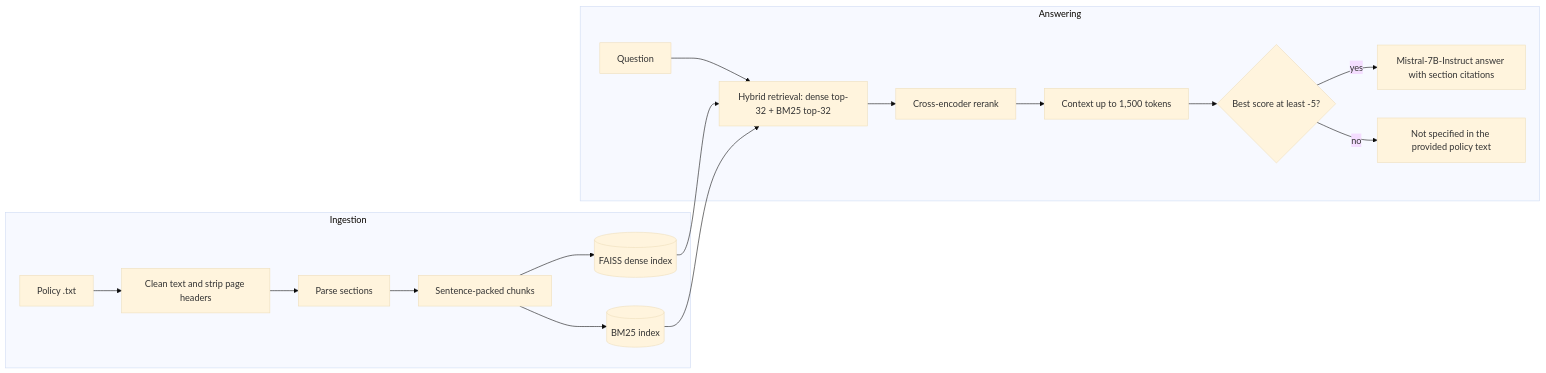
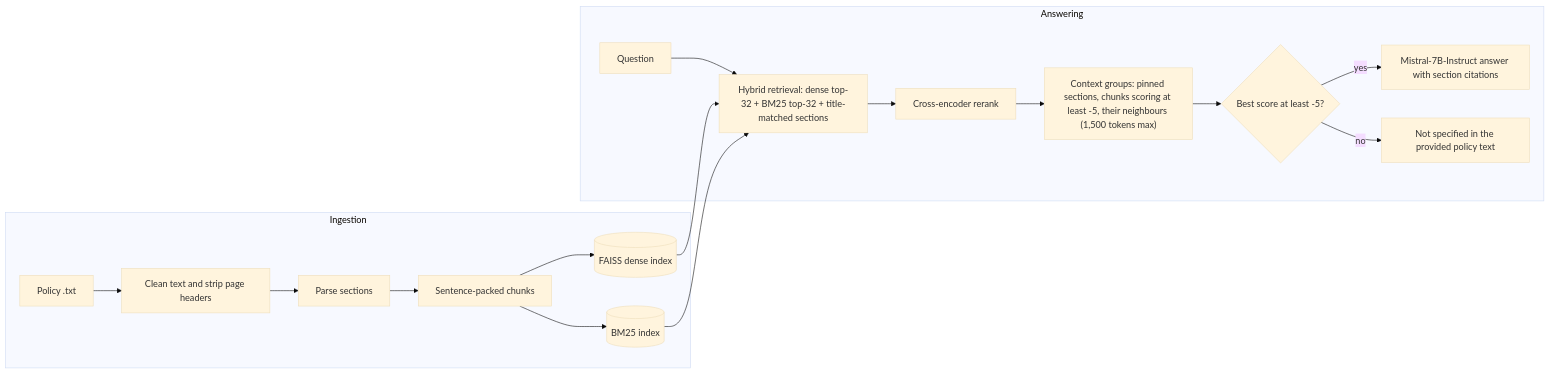
One commit to RamkrushnaSaner/insurance-policy-rag changed the diagram in README.md. Above: the diagram before and after it, drawn with Mermaid (base theme). The commit also changed other lines of this file and 7 other files, not shown here.

````diff
--- a/README.md
+++ b/README.md
@@ -26,20 +29,20 @@
 ```mermaid
 flowchart LR
     subgraph Ingestion
         A["Policy .txt"] --> B["Clean text and strip page headers"]
         B --> C["Parse sections"]
         C --> D["Sentence-packed chunks"]
         D --> E[("FAISS dense index")]
         D --> F[("BM25 index")]
     end
     subgraph Answering
-        Q["Question"] --> R["Hybrid retrieval: dense top-32 + BM25 top-32"]
+        Q["Question"] --> R["Hybrid retrieval: dense top-32 + BM25 top-32 + title-matched sections"]
         R --> S["Cross-encoder rerank"]
-        S --> T["Context up to 1,500 tokens"]
+        S --> T["Context groups: pinned sections, chunks scoring at least -5, their neighbours (1,500 tokens max)"]
         T --> G{"Best score at least -5?"}
         G -- yes --> L["Mistral-7B-Instruct answer with section citations"]
         G -- no --> N["Not specified in the provided policy text"]
     end
     E --> R
     F --> R
 ```
````
